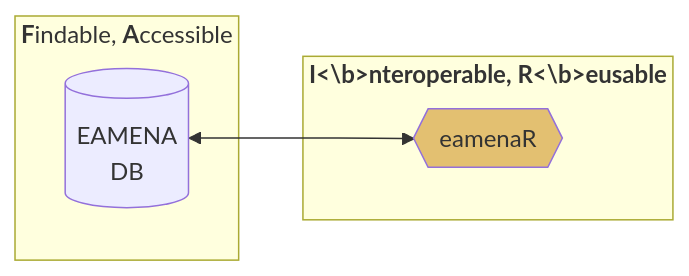
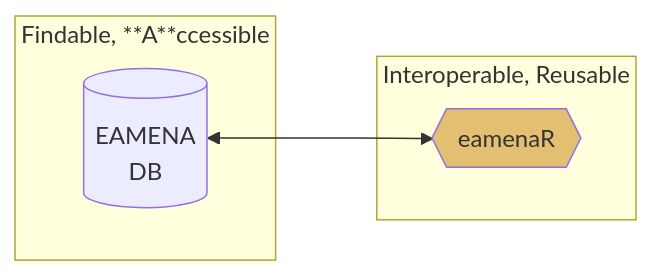
The second of 5 diagrams in README.md (eamena-project/eamenaR), drawn with Mermaid before and after one commit.

````diff
--- a/README.md
+++ b/README.md
@@ -26,11 +26,11 @@
 ```mermaid
 flowchart LR
-    subgraph ide1 ["<b>F</b>indable, <b>A</b>ccessible"]
+    subgraph ide1 ["Findable, **A**ccessible"]
     A[(EAMENA<br>DB)];
     end
     A[(EAMENA<br>DB)] <---> B{{"eamenaR"}}:::eamenaRpkg;
-    subgraph ide2 ["<b>I<\b>nteroperable, <b>R<\b>eusable"]
+    subgraph ide2 ["Interoperable, Reusable"]
     B;
     end
     classDef eamenaRpkg fill:#e3c071;
 ```
````
